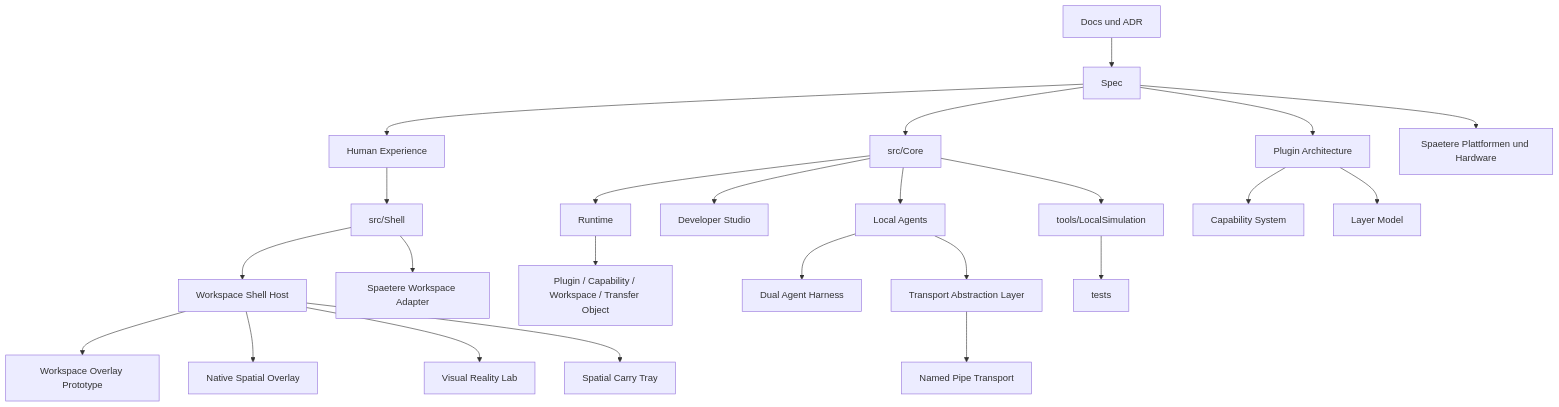
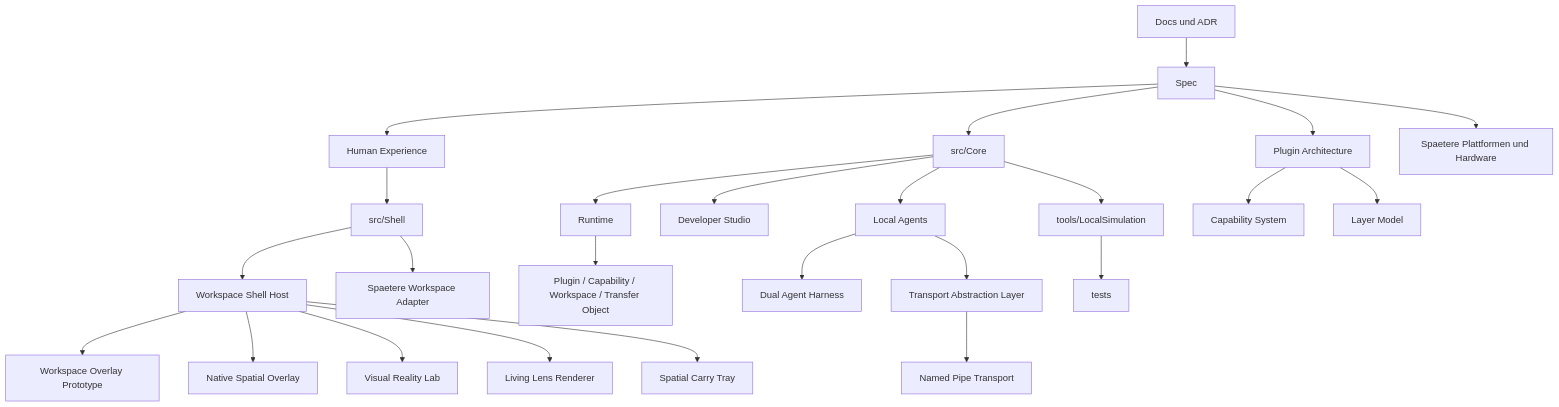
One commit to rk-engineeringAToutlook-de/RKWorkspace changed the diagram in README.md. Above: the diagram before and after it, drawn with Mermaid. The commit also changed other lines of this file and 36 other files, not shown here.

Commit message:
feat(shell): reset living lens renderer toward real bubble material

````diff
--- a/README.md
+++ b/README.md
@@ -105,26 +106,27 @@
 ```mermaid
 flowchart TB
     Docs["Docs und ADR"] --> Spec["Spec"]
     Spec --> HX["Human Experience"]
     HX --> Shell["src/Shell"]
     Shell --> ShellHost["Workspace Shell Host"]
     ShellHost --> Overlay["Workspace Overlay Prototype"]
     ShellHost --> NativeOverlay["Native Spatial Overlay"]
     ShellHost --> VisualReality["Visual Reality Lab"]
+    ShellHost --> LivingLens["Living Lens Renderer"]
     ShellHost --> SpatialTray["Spatial Carry Tray"]
     Spec --> Core["src/Core"]
     Shell --> Adapters["Spaetere Workspace Adapter"]
     Core --> Runtime["Runtime"]
     Runtime --> Managers["Plugin / Capability / Workspace / Transfer Object"]
     Spec --> Plugins["Plugin Architecture"]
     Plugins --> Capabilities["Capability System"]
     Plugins --> Layers["Layer Model"]
     Core --> Studio["Developer Studio"]
     Core --> Agents["Local Agents"]
     Agents --> Harness["Dual Agent Harness"]
     Agents --> Transport["Transport Abstraction Layer"]
     Transport --> Ipc["Named Pipe Transport"]
     Core --> Simulation["tools/LocalSimulation"]
     Simulation --> Tests["tests"]
     Spec --> Future["Spaetere Plattformen und Hardware"]
 ```
````
